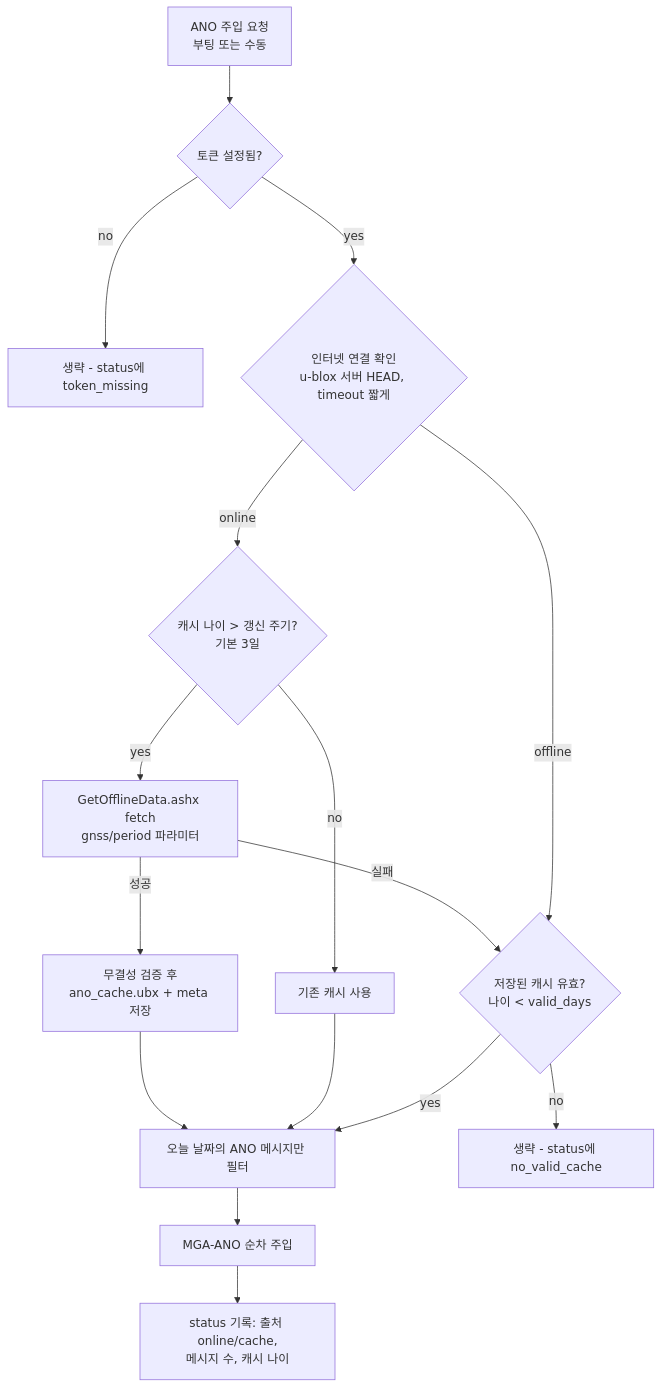
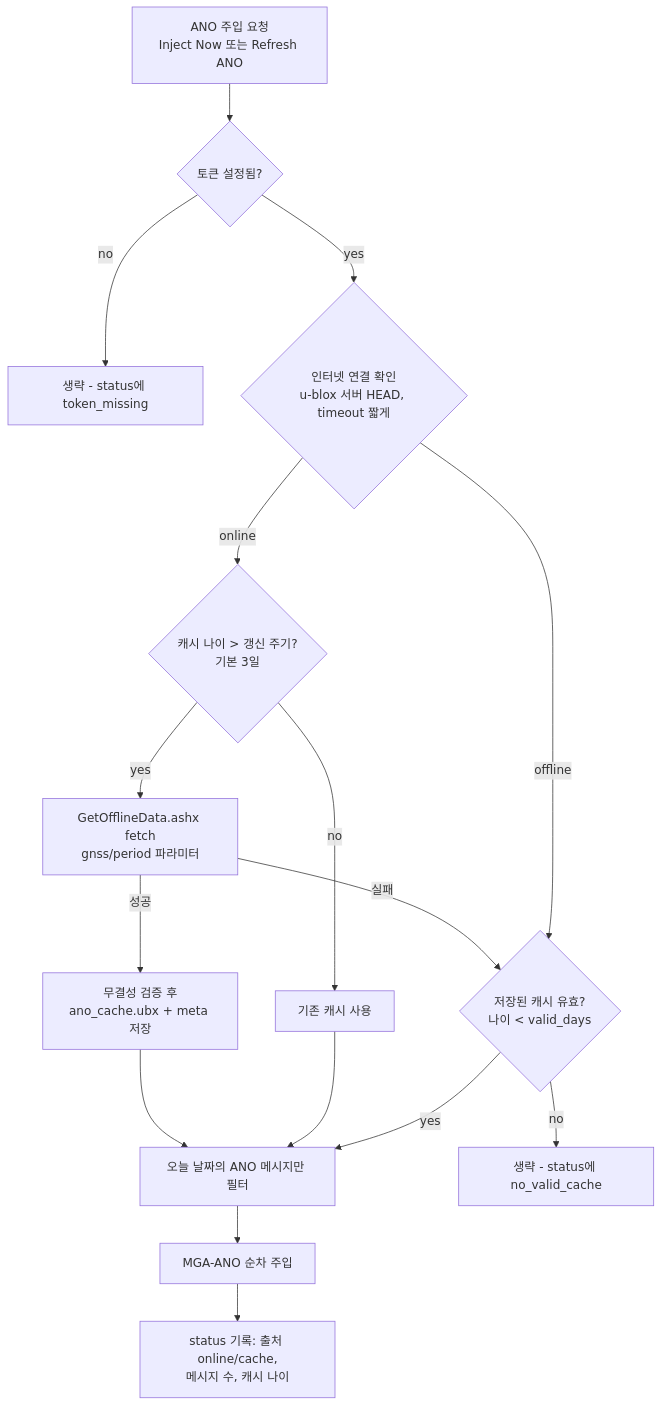
Before and after one commit to hjoungjoo/MF_PiFinder: the second of 5 diagrams in docs/mf_gps_aiding_plan_ko.md, drawn with Mermaid. The commit also changed other lines of this file and 1 other file, not shown here.

````diff
--- a/docs/mf_gps_aiding_plan_ko.md
+++ b/docs/mf_gps_aiding_plan_ko.md
@@ -131,18 +139,18 @@
 ```mermaid
 flowchart TD
-    A[ANO 주입 요청<br/>부팅 또는 수동] --> B{토큰 설정됨?}
+    A[ANO 주입 요청<br/>Inject Now 또는 Refresh ANO] --> B{토큰 설정됨?}
     B -->|no| Z[생략 - status에 token_missing]
     B -->|yes| C{인터넷 연결 확인<br/>u-blox 서버 HEAD, timeout 짧게}
     C -->|online| D{캐시 나이 > 갱신 주기?<br/>기본 3일}
     D -->|yes| E[GetOfflineData.ashx fetch<br/>gnss/period 파라미터]
     D -->|no| G[기존 캐시 사용]
     E -->|성공| F[무결성 검증 후<br/>ano_cache.ubx + meta 저장]
     E -->|실패| H{저장된 캐시 유효?<br/>나이 < valid_days}
     C -->|offline| H
     F --> I[오늘 날짜의 ANO 메시지만 필터]
     G --> I
     H -->|yes| I
     H -->|no| Z2[생략 - status에 no_valid_cache]
     I --> J[MGA-ANO 순차 주입]
     J --> K[status 기록: 출처 online/cache,<br/>메시지 수, 캐시 나이]
 ```
````
